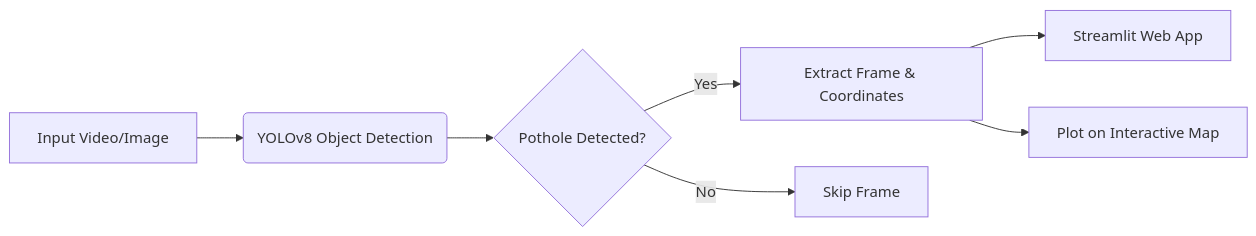
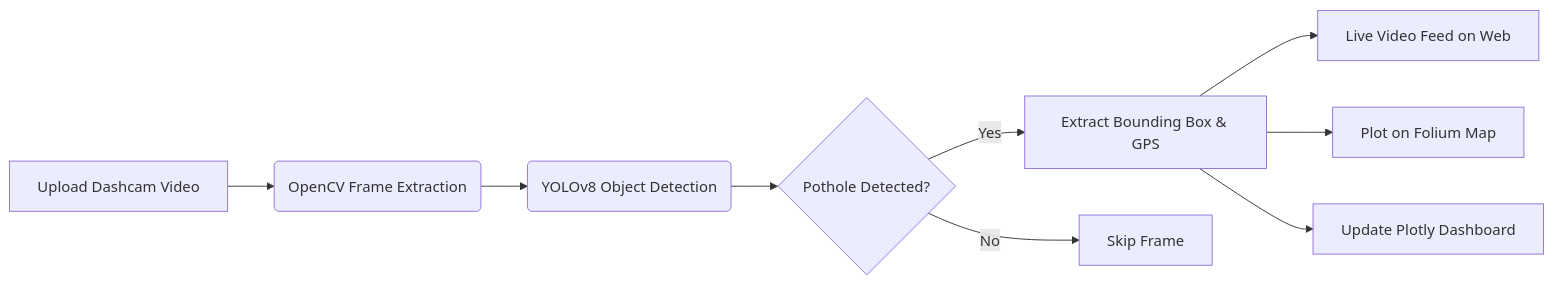
Before and after one commit to almuzahidseyam/Pothole-Detection-Mapping: the diagram in README.md, drawn with Mermaid. The commit also changed other lines of this file and 3 other files, not shown here.

Commit message:
feat(enterprise): Upgrade to premium dashboard with OpenCV video streaming, Plotly analytics, and Folium geospatial mapping

````diff
--- a/README.md
+++ b/README.md
@@ -26,9 +28,11 @@
 ```mermaid
 flowchart LR
-    A[Input Video/Image] --> B(YOLOv8 Object Detection)
-    B --> C{Pothole Detected?}
-    C -- Yes --> D[Extract Frame & Coordinates]
-    C -- No --> E[Skip Frame]
-    D --> F[Streamlit Web App]
-    D --> G[Plot on Interactive Map]
+    A[Upload Dashcam Video] --> B(OpenCV Frame Extraction)
+    B --> C(YOLOv8 Object Detection)
+    C --> D{Pothole Detected?}
+    D -- Yes --> E[Extract Bounding Box & GPS]
+    D -- No --> F[Skip Frame]
+    E --> G[Live Video Feed on Web]
+    E --> H[Plot on Folium Map]
+    E --> I[Update Plotly Dashboard]
 ```
````
